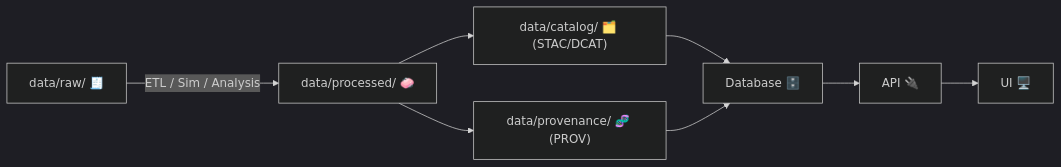
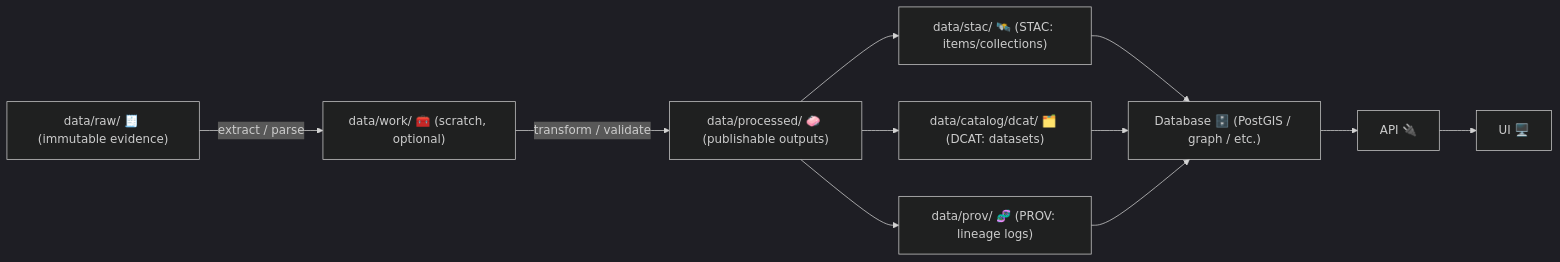
Before and after one commit to bartytime4life/Kansas-Frontier-Matrix: the diagram in pipelines/README.md, drawn with Mermaid (dark theme). The commit also changed other lines of this file, not shown here.

````diff
--- a/pipelines/README.md
+++ b/pipelines/README.md
@@ -40,10 +59,16 @@
 ```mermaid
 flowchart LR
-  A["data/raw/ 🧾"] -->|"ETL / Sim / Analysis"| B["data/processed/ 🧼"]
-  B --> C["data/catalog/ 🗂️ (STAC/DCAT)"]
-  B --> D["data/provenance/ 🧬 (PROV)"]
-  C --> E["Database 🗄️"]
+  A["data/raw/ 🧾 (immutable evidence)"] -->|"extract / parse"| W["data/work/ 🧰 (scratch, optional)"]
+  W -->|"transform / validate"| B["data/processed/ 🧼 (publishable outputs)"]
+
+  B --> C["data/stac/ 🛰️ (STAC: items/collections)"]
+  B --> C2["data/catalog/dcat/ 🗂️ (DCAT: datasets)"]
+  B --> D["data/prov/ 🧬 (PROV: lineage logs)"]
+
+  C --> E["Database 🗄️ (PostGIS / graph / etc.)"]
+  C2 --> E
   D --> E
+
   E --> F["API 🔌"]
   F --> G["UI 🖥️"]
 ```
````
